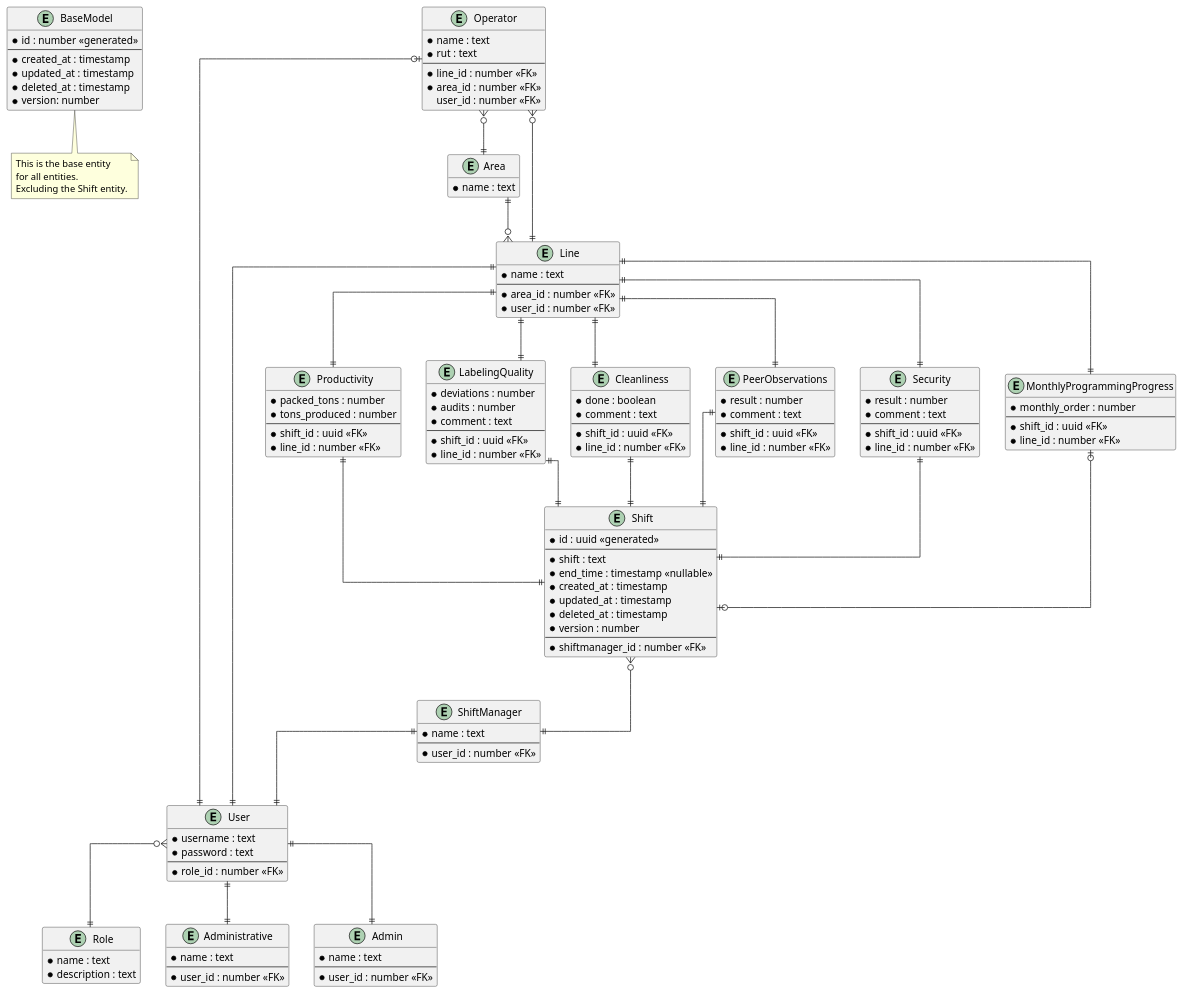
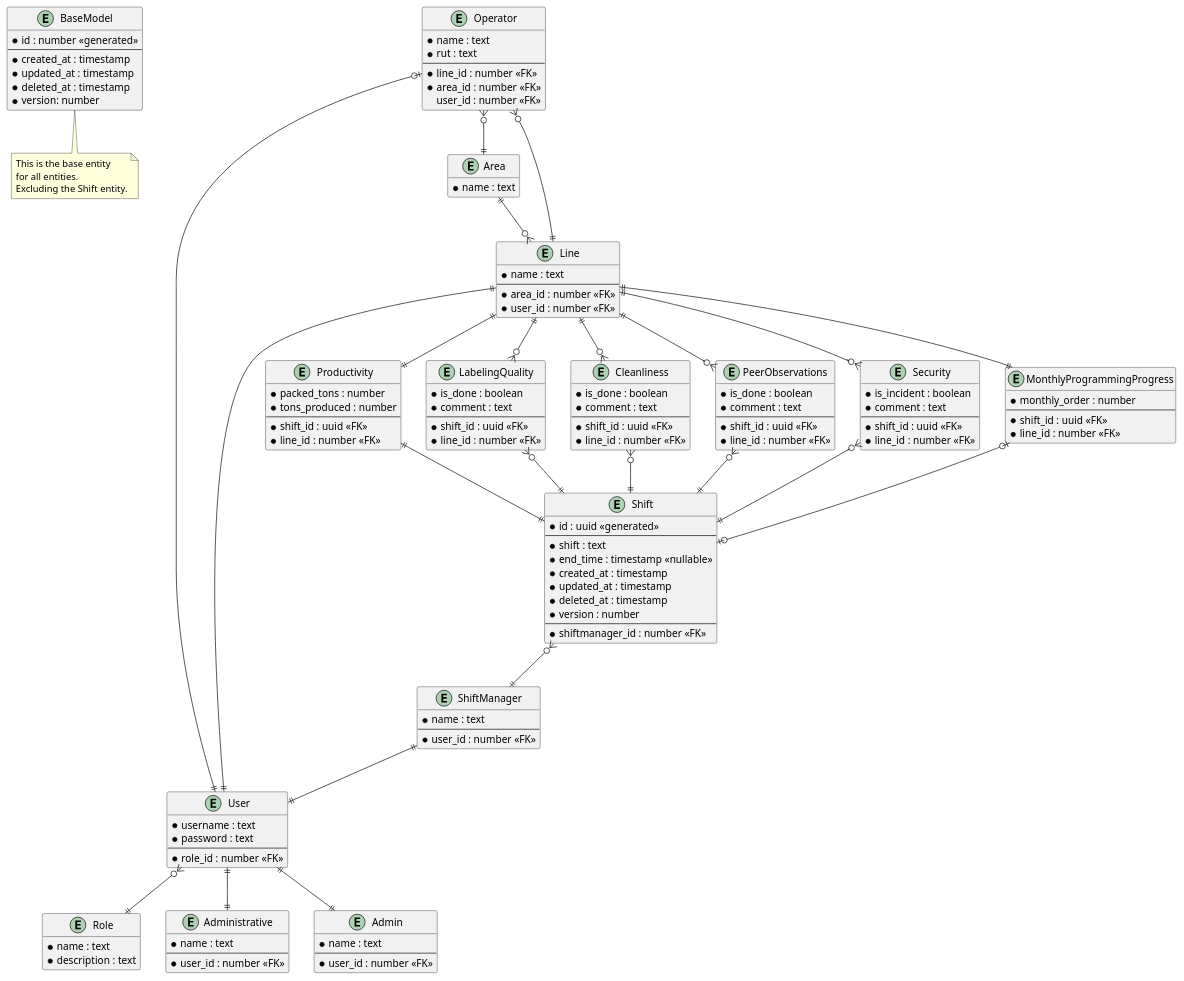
The diagram in docs/ER.puml (BastiancitosJr/new-laravel-api), drawn with PlantUML before and after one commit.

Commit message:
docs: ER updated

```diff
--- a/docs/ER.puml
+++ b/docs/ER.puml
@@ -1,160 +1,158 @@
 @startuml ER-Diagram
 hide empty methods
-skinparam linetype ortho
 
 
 entity BaseModel {
     * id : number <<generated>>
     --
     * created_at : timestamp
     * updated_at : timestamp
     * deleted_at : timestamp
     * version: number
 }
 
 entity Role {
     * name : text
     * description : text
 }
 
 entity User {
     * username : text
     * password : text
     --
     * role_id : number <<FK>>
 }
 
 entity Administrative {
     * name : text
     --
     * user_id : number <<FK>>
 }
 
 entity Admin {
     * name : text
     --
     * user_id : number <<FK>>
 }
 
 entity ShiftManager {
     * name : text
     --
     * user_id : number <<FK>>
 }
 
 
 entity Area {
     * name : text
 }
 
 entity Line {
     * name : text
     --
     * area_id : number <<FK>>
     * user_id : number <<FK>>
 }
 
 entity Operator {
     * name : text
     * rut : text
     --
     * line_id : number <<FK>>
     * area_id : number <<FK>>
     user_id : number <<FK>>
 }
 
 entity Productivity {
     * packed_tons : number
     * tons_produced : number
     --
     * shift_id : uuid <<FK>>
     * line_id : number <<FK>>
 }
 
 entity LabelingQuality {
-    * deviations : number
-    * audits : number
+    * is_done : boolean
     * comment : text
     --
     * shift_id : uuid <<FK>>
     * line_id : number <<FK>>
 }
 
 entity Cleanliness {
-    * done : boolean
+    * is_done : boolean
     * comment : text
     --
     * shift_id : uuid <<FK>>
     * line_id : number <<FK>>
 }
 
 entity PeerObservations {
-    * result : number
+    * is_done : boolean
     * comment : text
     --
     * shift_id : uuid <<FK>>
     * line_id : number <<FK>>
 }
 
 entity Security {
-    * result : number
+    * is_incident : boolean
     * comment : text
     --
     * shift_id : uuid <<FK>>
     * line_id : number <<FK>>
 }
 
 entity MonthlyProgrammingProgress {
     * monthly_order : number
     --
     * shift_id : uuid <<FK>>
     * line_id : number <<FK>>
 }
 
 entity Shift{
     * id : uuid <<generated>>
     --
     * shift : text
     * end_time : timestamp <<nullable>>
     * created_at : timestamp
     * updated_at : timestamp
     * deleted_at : timestamp
     * version : number
     --
     * shiftmanager_id : number <<FK>>
 }
 
 note bottom of BaseModel
     This is the base entity
     for all entities.
     Excluding the Shift entity.
 end note
 
 Line ||--|| User
 User ||--|| Administrative
 User ||--|| Admin
 ShiftManager ||--|| User
 Operator |o--|| User
 User }o--|| Role
 Operator }o--|| Line
 Operator }o--|| Area
 Area ||--o{ Line
 
 Shift }o--|| ShiftManager
 
 Productivity ||--|| Shift
-LabelingQuality ||--|| Shift
-Cleanliness ||--|| Shift
-PeerObservations ||--|| Shift
-Security ||--|| Shift
+LabelingQuality }o--|| Shift
+Cleanliness }o--|| Shift
+PeerObservations }o--|| Shift
+Security }o--|| Shift
 MonthlyProgrammingProgress |o--o| Shift
 
 Line ||--|| Productivity
-Line ||--|| LabelingQuality
-Line ||--|| Cleanliness
-Line ||--|| PeerObservations
-Line ||--|| Security
+Line ||--o{ LabelingQuality
+Line ||--o{ Cleanliness
+Line ||--o{ PeerObservations
+Line ||--o{ Security
 Line ||--|| MonthlyProgrammingProgress
 
 
 @enduml
```
